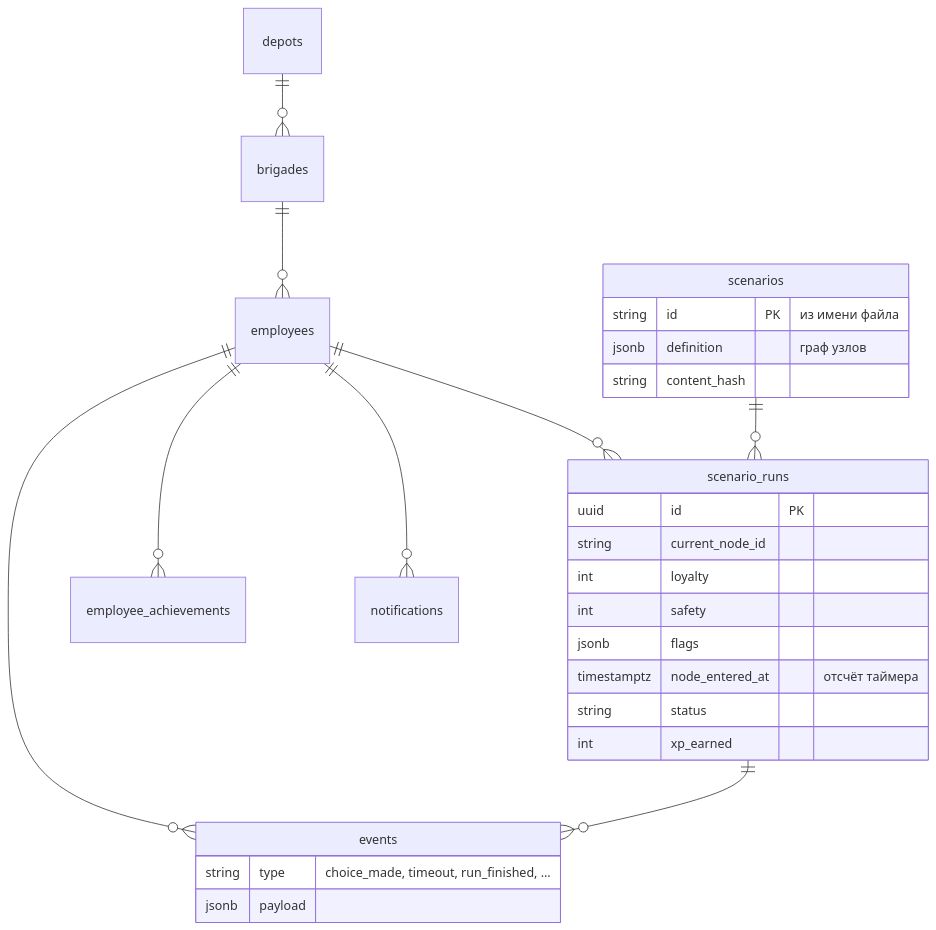
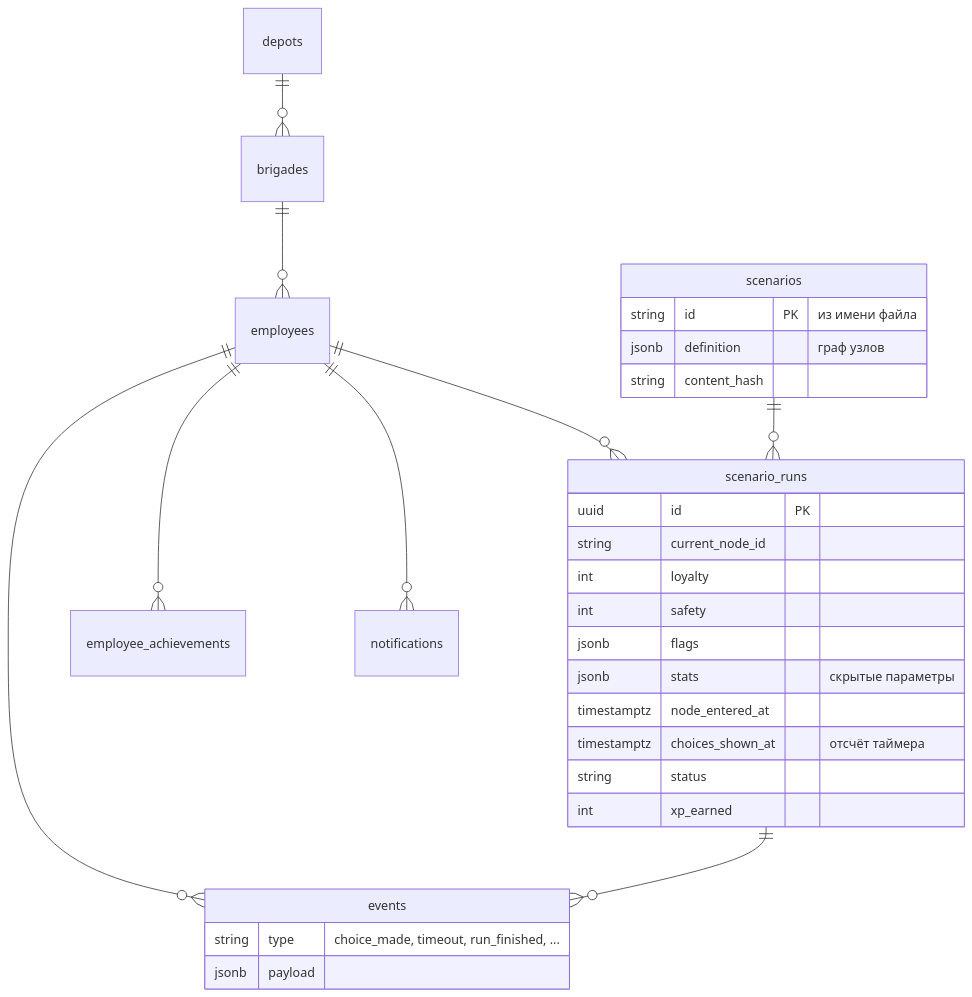
One commit to kelw1n25/vsm-trainer changed the second of 3 diagrams in docs/architecture.md. Above: the diagram before and after it, drawn with Mermaid. The commit also changed other lines of this file and 6 other files, not shown here.

````diff
--- a/docs/architecture.md
+++ b/docs/architecture.md
@@ -75,25 +84,27 @@
 ```mermaid
 erDiagram
     depots ||--o{ brigades : ""
     brigades ||--o{ employees : ""
     employees ||--o{ scenario_runs : ""
     scenarios ||--o{ scenario_runs : ""
     employees ||--o{ events : ""
     scenario_runs ||--o{ events : ""
     employees ||--o{ employee_achievements : ""
     employees ||--o{ notifications : ""
 
     scenarios { string id PK "из имени файла"
                 jsonb definition "граф узлов"
                 string content_hash }
     scenario_runs { uuid id PK
                     string current_node_id
                     int loyalty
                     int safety
                     jsonb flags
-                    timestamptz node_entered_at "отсчёт таймера"
+                    jsonb stats "скрытые параметры"
+                    timestamptz node_entered_at
+                    timestamptz choices_shown_at "отсчёт таймера"
                     string status
                     int xp_earned }
     events { string type "choice_made, timeout, run_finished, ..."
              jsonb payload }
 ```
````
